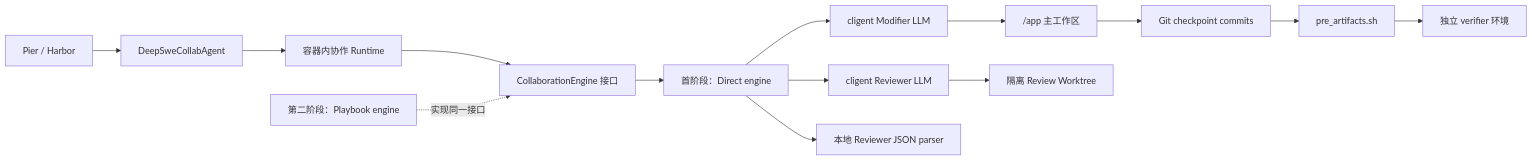
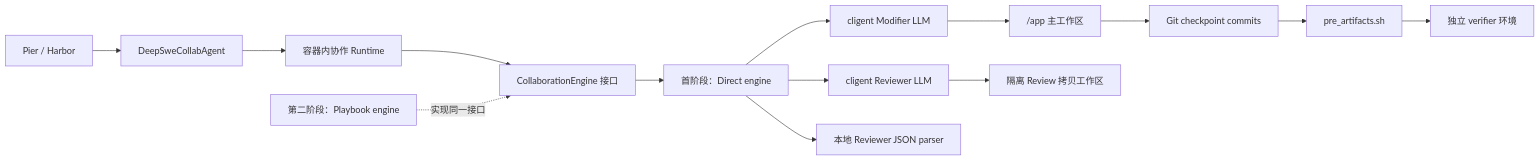
One commit to kagami-l/deepswe-eval-lab changed the diagram in docs/collab-agent-design.md. Above: the diagram before and after it, drawn with Mermaid. The commit also changed other lines of this file, not shown here.

````diff
--- a/docs/collab-agent-design.md
+++ b/docs/collab-agent-design.md
@@ -21,16 +23,16 @@
 ```mermaid
 flowchart LR
     P["Pier / Harbor"] --> A["DeepSweCollabAgent"]
     A --> R["容器内协作 Runtime"]
     R --> CE["CollaborationEngine 接口"]
     CE --> D["首阶段：Direct engine"]
     D --> C["cligent Modifier LLM"]
     D --> V["cligent Reviewer LLM"]
     D --> J["本地 Reviewer JSON parser"]
     C --> APP["/app 主工作区"]
-    V --> WT["隔离 Review Worktree"]
+    V --> WT["隔离 Review 拷贝工作区"]
     APP --> G["Git checkpoint commits"]
     G --> PA["pre_artifacts.sh"]
     PA --> E["独立 verifier 环境"]
     PB["第二阶段：Playbook engine"] -.实现同一接口.-> CE
 ```
````
